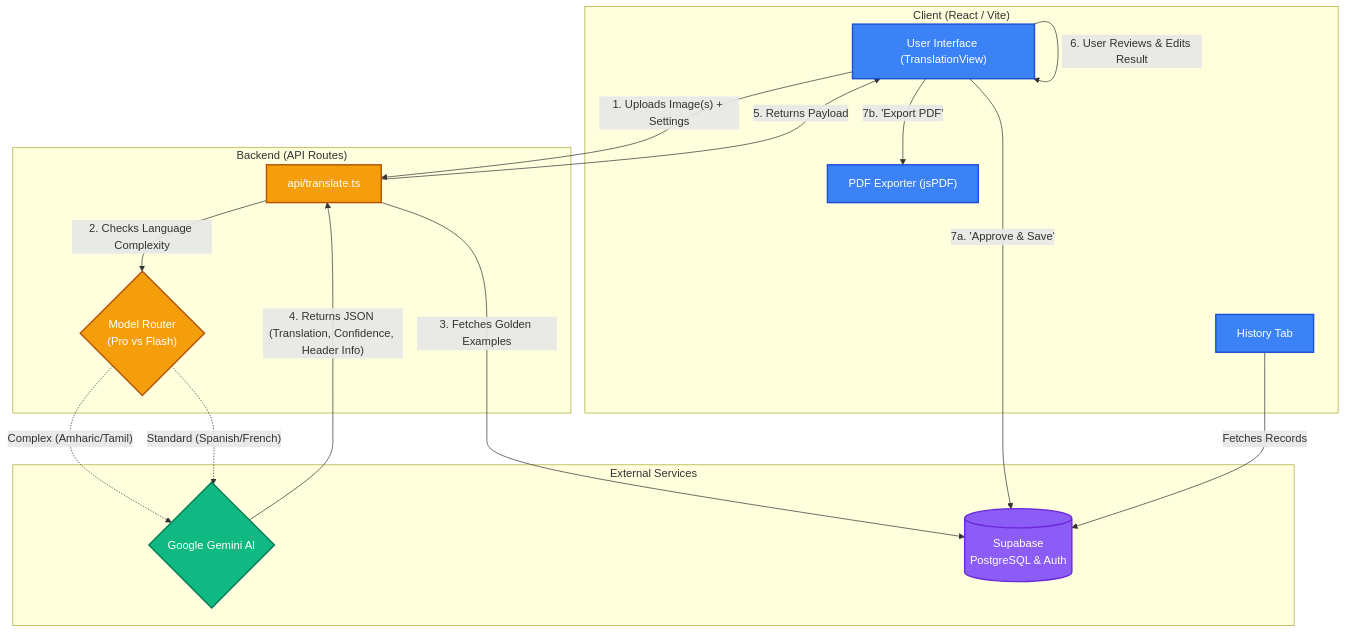
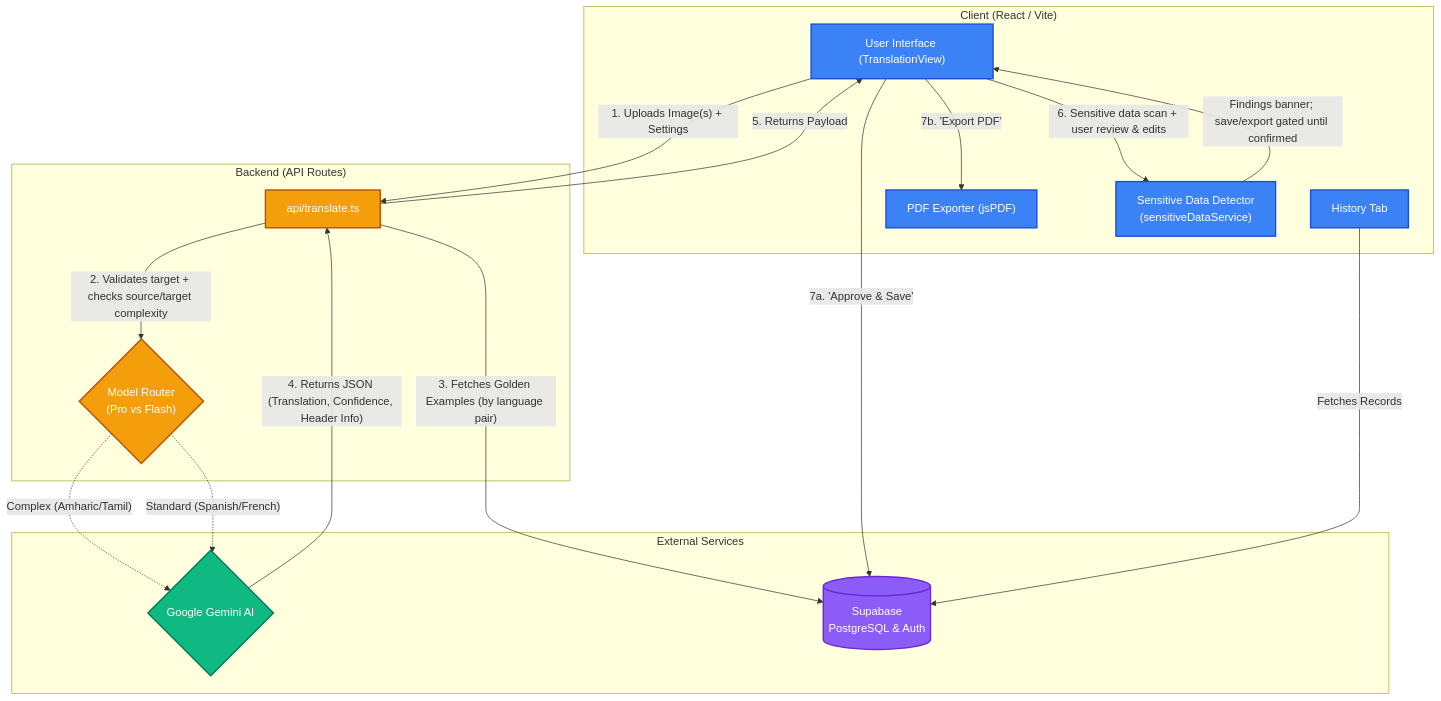
The diagram in ARCHITECTURE_DIAGRAM.md (nestico/letter-translator-gemini), drawn with Mermaid before and after one commit. The commit also changed other lines of this file and 5 other files, not shown here.

First line of the commit message:
docs: document bidirectional translation and sensitive data detection

````diff
--- a/ARCHITECTURE_DIAGRAM.md
+++ b/ARCHITECTURE_DIAGRAM.md
@@ -7,46 +7,48 @@
 ```mermaid
 graph TD
     %% Define Styles
     classDef frontend fill:#3b82f6,stroke:#1d4ed8,stroke-width:2px,color:#fff;
     classDef api fill:#f59e0b,stroke:#b45309,stroke-width:2px,color:#fff;
     classDef external fill:#10b981,stroke:#047857,stroke-width:2px,color:#fff;
     classDef db fill:#8b5cf6,stroke:#6d28d9,stroke-width:2px,color:#fff;
 
     %% Client Layer (Frontend)
     subgraph Client ["Client (React / Vite)"]
         UI["User Interface (TranslationView)"]:::frontend
         History["History Tab"]:::frontend
         PDFGen["PDF Exporter (jsPDF)"]:::frontend
+        SensitiveCheck["Sensitive Data Detector<br/>(sensitiveDataService)"]:::frontend
     end
 
     %% Backend Layer (Serverless API)
     subgraph Serverless ["Backend (API Routes)"]
         TranslateAPI["api/translate.ts"]:::api
         ModelRouter{"Model Router<br/>(Pro vs Flash)"}:::api
     end
 
     %% External Services Layer
     subgraph ThirdParty ["External Services"]
         Gemini{"Google Gemini AI"}:::external
         Supabase[(Supabase<br/>PostgreSQL & Auth)]:::db
     end
 
     %% Flow Steps
     UI -- "1. Uploads Image(s) + Settings" --> TranslateAPI
     
-    TranslateAPI -- "2. Checks Language Complexity" --> ModelRouter
+    TranslateAPI -- "2. Validates target + checks source/target complexity" --> ModelRouter
     ModelRouter -. "Complex (Amharic/Tamil)" .-> Gemini
     ModelRouter -. "Standard (Spanish/French)" .-> Gemini
     
-    TranslateAPI -- "3. Fetches Golden Examples" --> Supabase
+    TranslateAPI -- "3. Fetches Golden Examples (by language pair)" --> Supabase
     
     Gemini -- "4. Returns JSON (Translation, Confidence, Header Info)" --> TranslateAPI
     TranslateAPI -- "5. Returns Payload" --> UI
     
-    UI -- "6. User Reviews & Edits Result" --> UI
+    UI -- "6. Sensitive data scan + user review & edits" --> SensitiveCheck
+    SensitiveCheck -- "Findings banner; save/export gated until confirmed" --> UI
     
     UI -- "7a. 'Approve & Save'" --> Supabase
     History -- "Fetches Records" --> Supabase
     
     UI -- "7b. 'Export PDF'" --> PDFGen
 ```
````
